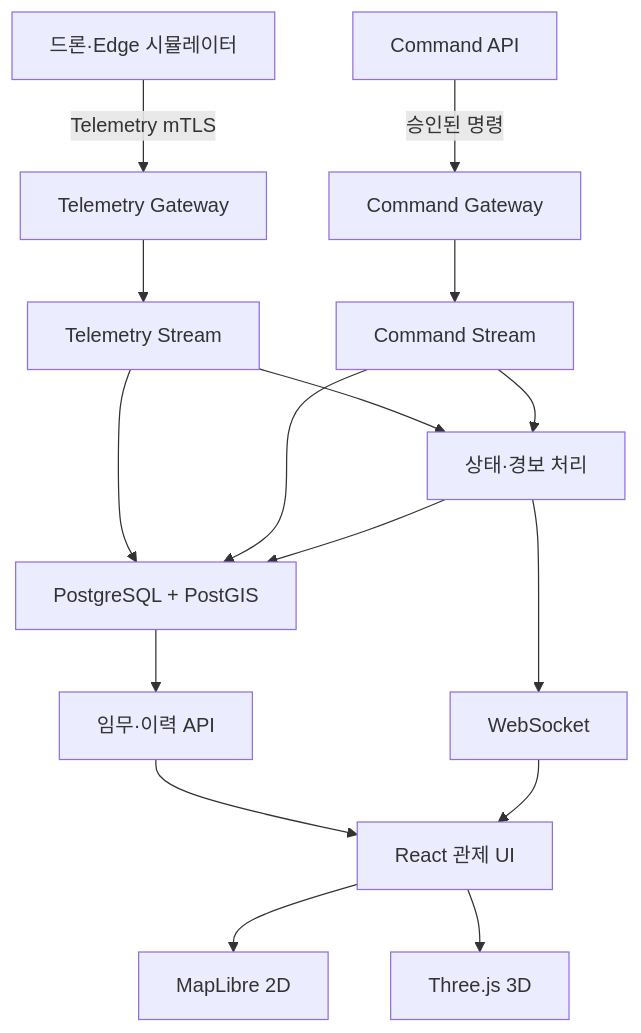
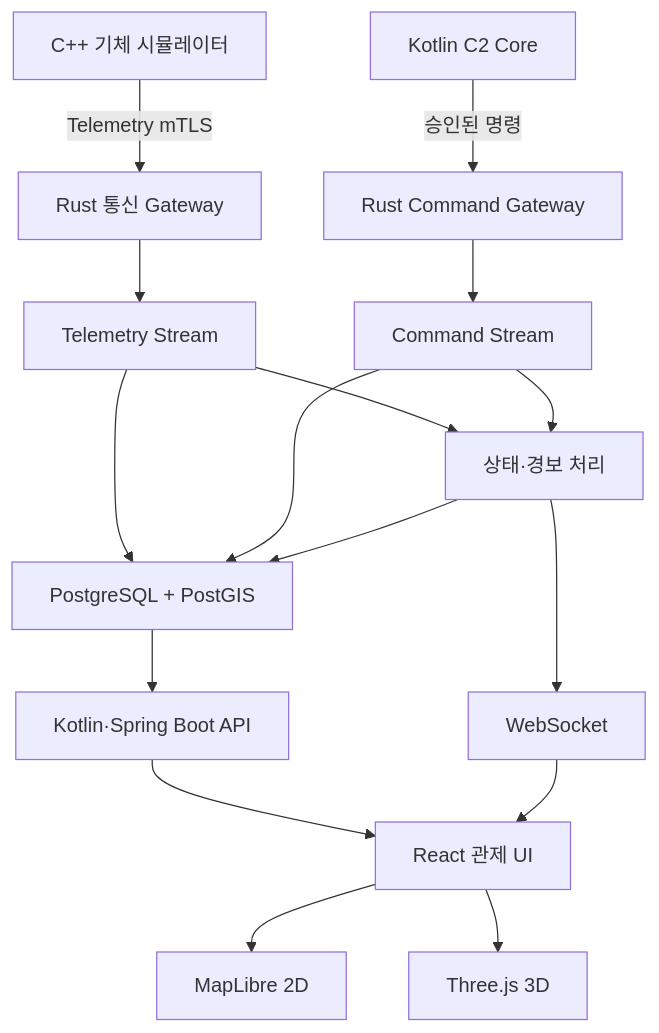
Before and after one commit to croppedeyebrow/Military_Project-AeroOps: the diagram in docs/planning/00_종합_기획서.md, drawn with Mermaid. The commit also changed other lines of this file and 27 other files, not shown here.

````diff
--- a/docs/planning/00_종합_기획서.md
+++ b/docs/planning/00_종합_기획서.md
@@ -50,18 +50,18 @@
 ```mermaid
 flowchart TD
-    SIM["드론·Edge 시뮬레이터"] -->|"Telemetry mTLS"| TING["Telemetry Gateway"]
-    CMD["Command API"] -->|"승인된 명령"| CGW["Command Gateway"]
+    SIM["C++ 기체 시뮬레이터"] -->|"Telemetry mTLS"| TING["Rust 통신 Gateway"]
+    CMD["Kotlin C2 Core"] -->|"승인된 명령"| CGW["Rust Command Gateway"]
     TING --> TBUS["Telemetry Stream"]
     CGW --> CBUS["Command Stream"]
     TBUS --> PROC["상태·경보 처리"]
     CBUS --> PROC
     TBUS --> DB["PostgreSQL + PostGIS"]
     CBUS --> DB
     PROC --> DB
     PROC --> WS["WebSocket"]
-    DB --> API["임무·이력 API"]
+    DB --> API["Kotlin·Spring Boot API"]
     API --> UI["React 관제 UI"]
     WS --> UI
     UI --> MAP["MapLibre 2D"]
     UI --> VIEW["Three.js 3D"]
 ```
````
